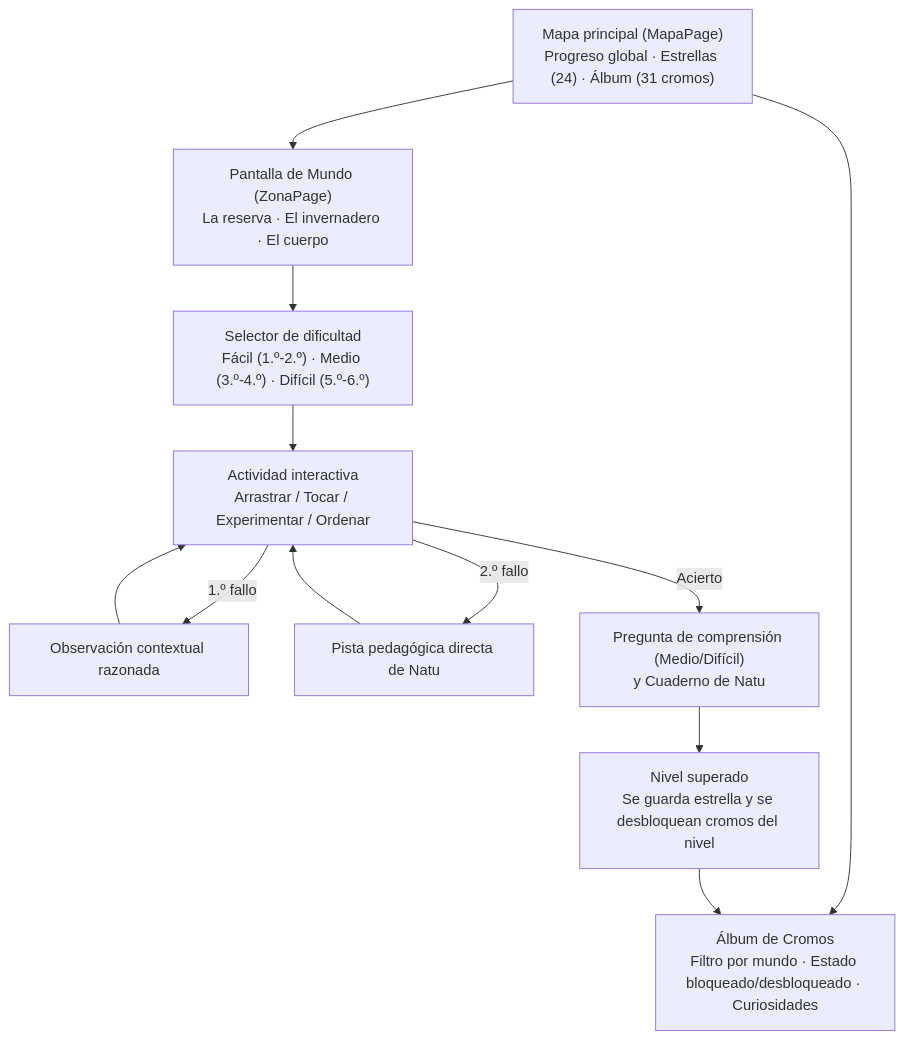
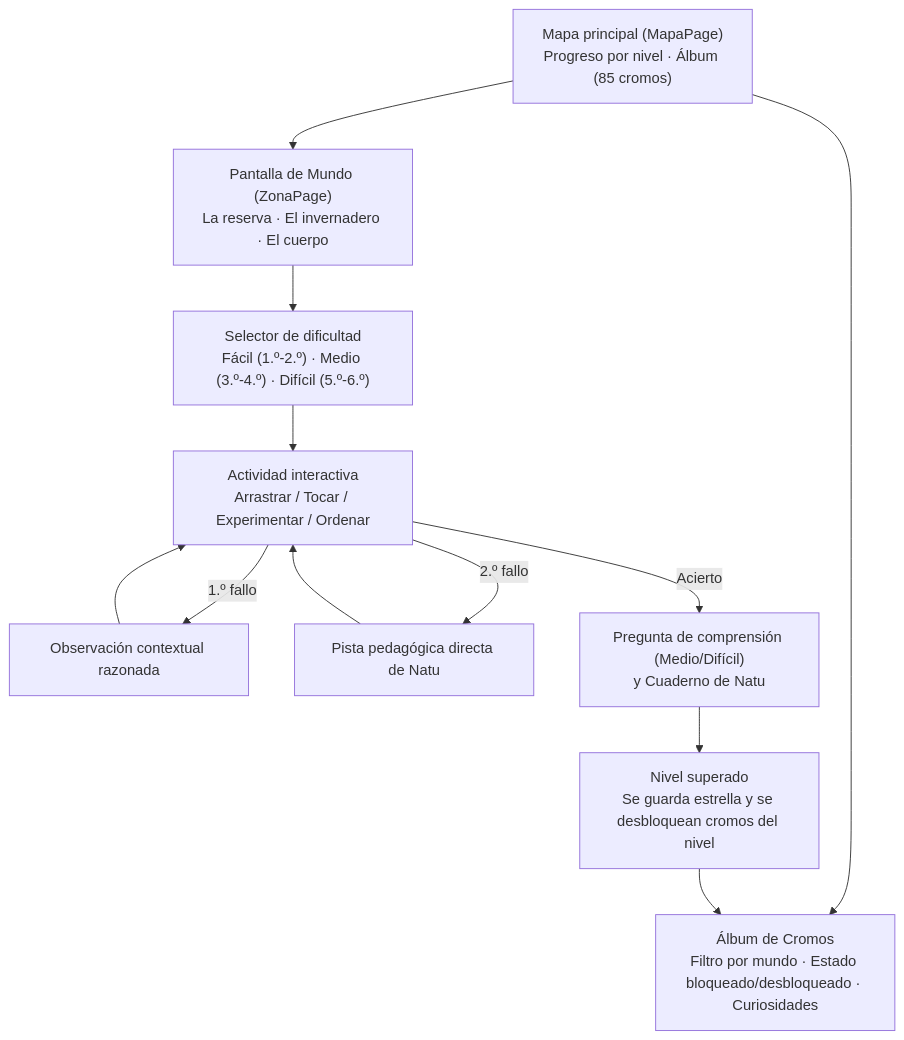
The second of 2 diagrams in README.md (imoroc/NaturalMente), drawn with Mermaid before and after one commit. The commit also changed other lines of this file, not shown here.

````diff
--- a/README.md
+++ b/README.md
@@ -102,14 +110,14 @@
 ```mermaid
 flowchart TD
-  A["Mapa principal (MapaPage)\nProgreso global · Estrellas (24) · Álbum (31 cromos)"] --> B["Pantalla de Mundo (ZonaPage)\nLa reserva · El invernadero · El cuerpo"]
+  A["Mapa principal (MapaPage)\nProgreso por nivel · Álbum (85 cromos)"] --> B["Pantalla de Mundo (ZonaPage)\nLa reserva · El invernadero · El cuerpo"]
   A --> C["Álbum de Cromos\nFiltro por mundo · Estado bloqueado/desbloqueado · Curiosidades"]
   B --> D["Selector de dificultad\nFácil (1.º-2.º) · Medio (3.º-4.º) · Difícil (5.º-6.º)"]
   D --> E["Actividad interactiva\nArrastrar / Tocar / Experimentar / Ordenar"]
   E -->|1.º fallo| F["Observación contextual razonada"]
   E -->|2.º fallo| G["Pista pedagógica directa de Natu"]
   F --> E
   G --> E
   E -->|Acierto| H["Pregunta de comprensión (Medio/Difícil)\ny Cuaderno de Natu"]
   H --> I["Nivel superado\nSe guarda estrella y se desbloquean cromos del nivel"]
   I --> C
 ```
````
